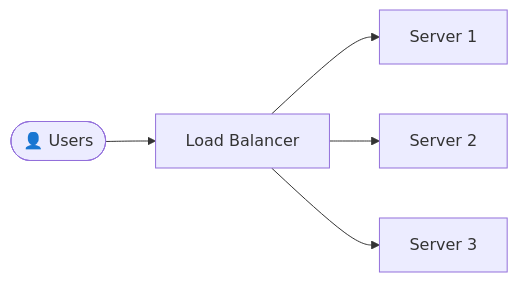
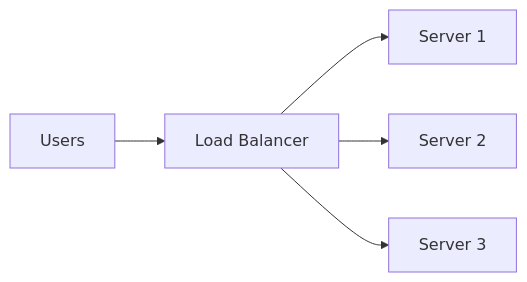
The first of 6 diagrams in basics/load_balancer.md (spawn08/system-design-interview), drawn with Mermaid before and after one commit. The commit also changed other lines of this file and 2 other files, not shown here.

Commit message:
Enhance load balancer documentation with detailed explanations of its importance, functionality, and algorithms. Update diagrams for clarity and add sections on session management and health checks. Improve overall structure and readability for better understanding of load balancing concepts.

````diff
--- a/basics/load_balancer.md
+++ b/basics/load_balancer.md
@@ -28,7 +32,7 @@
 ```mermaid
 flowchart LR
-    Users([👤 Users]) --> LB[Load Balancer]
+    Users[Users] --> LB[Load Balancer]
     LB --> S1[Server 1]
     LB --> S2[Server 2]
     LB --> S3[Server 3]
 ```
````
